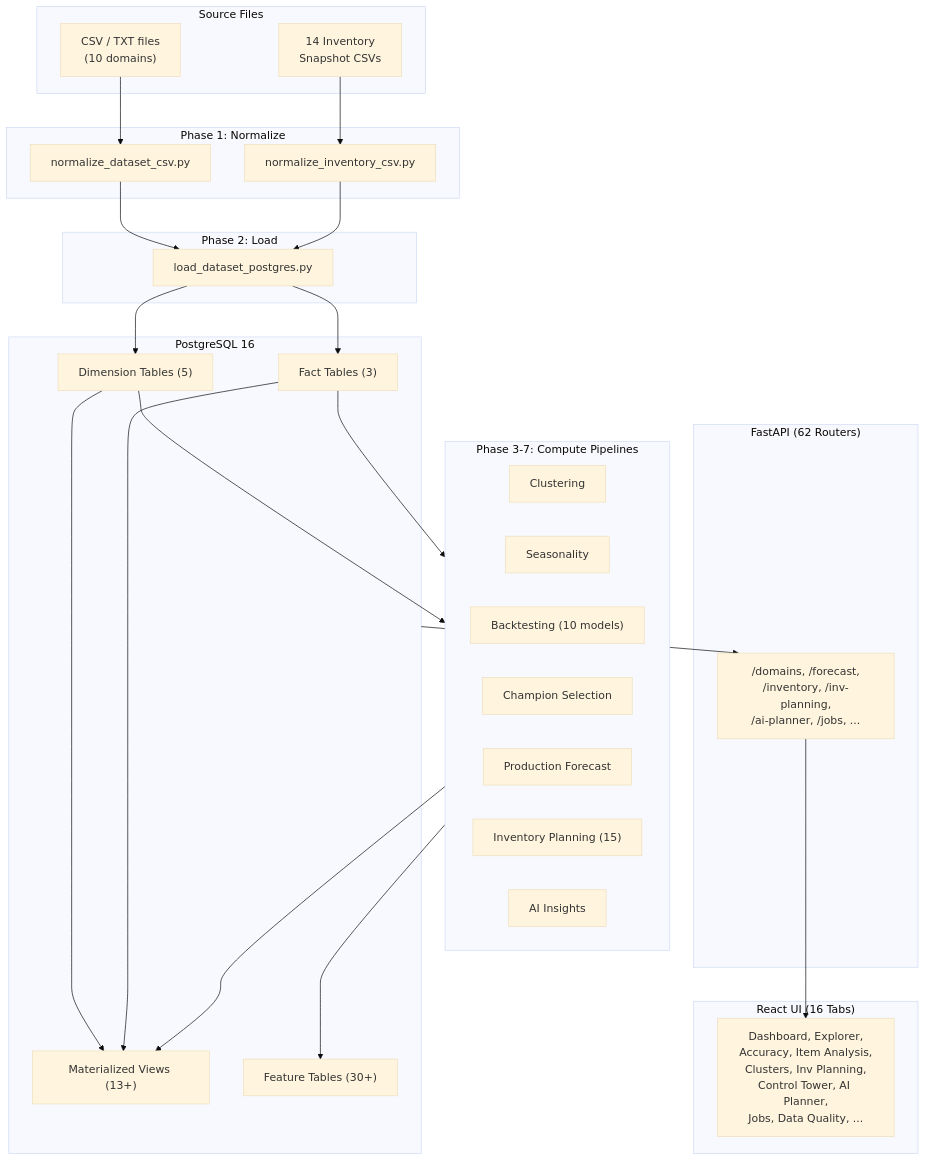
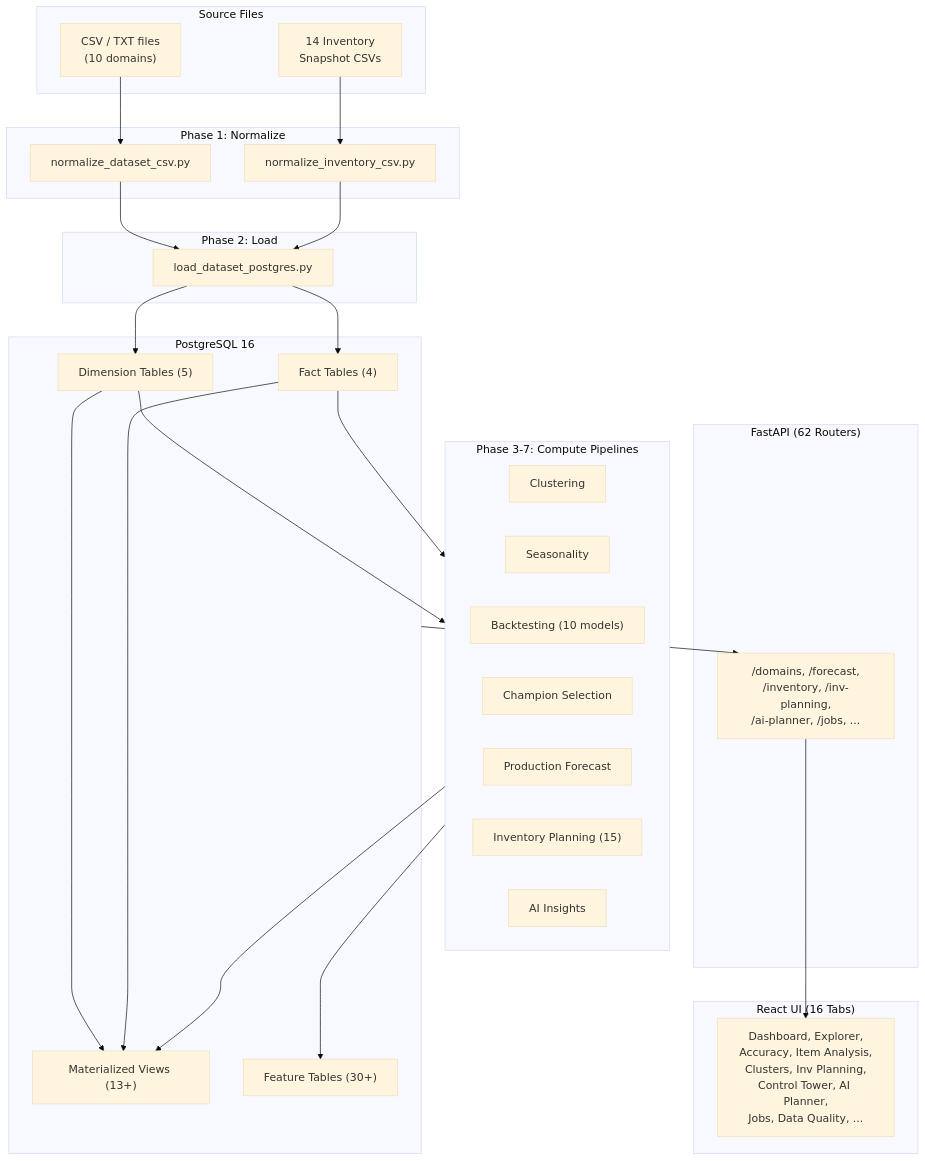
One commit to chidammano-hash/DemandProject changed the first of 4 diagrams in docs/ARCHITECTURE.md. Above: the diagram before and after it, drawn with Mermaid (base theme). The commit also changed other lines of this file and 138 other files, not shown here.

````diff
--- a/docs/ARCHITECTURE.md
+++ b/docs/ARCHITECTURE.md
@@ -29,49 +29,49 @@
 ```mermaid
 flowchart TD
     subgraph SRC["Source Files"]
         CSV["CSV / TXT files<br/>(10 domains)"]
         INV["14 Inventory<br/>Snapshot CSVs"]
     end
 
     subgraph NORM["Phase 1: Normalize"]
         N1["normalize_dataset_csv.py"]
         N2["normalize_inventory_csv.py"]
     end
 
     subgraph LOAD["Phase 2: Load"]
         L1["load_dataset_postgres.py"]
     end
 
     subgraph PG["PostgreSQL 16"]
         DIM["Dimension Tables (5)"]
-        FACT["Fact Tables (3)"]
+        FACT["Fact Tables (4)"]
         MV["Materialized Views (13+)"]
         FEAT["Feature Tables (30+)"]
     end
 
     subgraph COMPUTE["Phase 3-7: Compute Pipelines"]
         CL["Clustering"]
         SEAS["Seasonality"]
         BT["Backtesting (10 models)"]
         CHAMP["Champion Selection"]
         PROD["Production Forecast"]
         INVP["Inventory Planning (15)"]
         AI["AI Insights"]
     end
 
     subgraph API["FastAPI (62 Routers)"]
         REST["/domains, /forecast,<br/>/inventory, /inv-planning,<br/>/ai-planner, /jobs, ..."]
     end
 
     subgraph UI["React UI (16 Tabs)"]
         TABS["Dashboard, Explorer,<br/>Accuracy, Item Analysis,<br/>Clusters, Inv Planning,<br/>Control Tower, AI Planner,<br/>Jobs, Data Quality, ..."]
     end
 
     CSV --> N1 --> L1
     INV --> N2 --> L1
     L1 --> DIM & FACT
     DIM & FACT --> MV
     DIM & FACT --> COMPUTE
     COMPUTE --> FEAT & MV
     PG --> REST --> TABS
 ```
````
